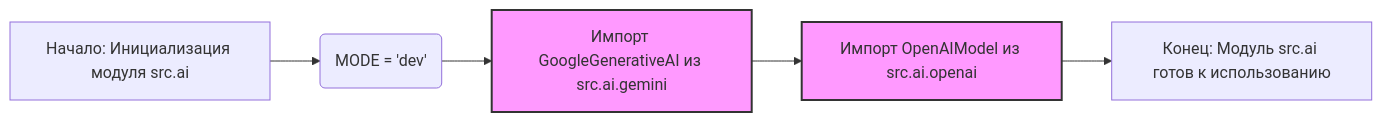
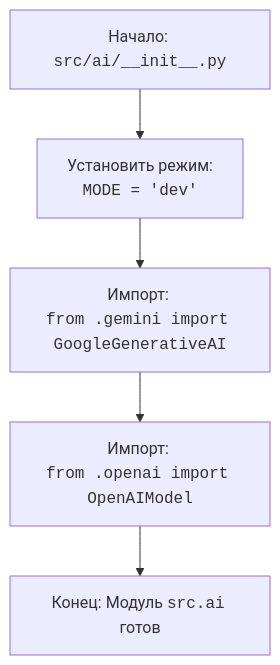
The diagram in docs/gemini/ru/explainer/src/ai/__init__.py.md (hypo69/hypo), drawn with Mermaid before and after one commit. The commit also changed other lines of this file and 3338 other files, not shown here.

````diff
--- a/docs/gemini/ru/explainer/src/ai/__init__.py.md
+++ b/docs/gemini/ru/explainer/src/ai/__init__.py.md
@@ -15,10 +15,7 @@
 ```mermaid
-graph LR
-    A[Начало: Инициализация модуля src.ai] --> B(MODE = 'dev');
-    B --> C[Импорт GoogleGenerativeAI из src.ai.gemini];
-    C --> D[Импорт OpenAIModel из src.ai.openai];
-    D --> E[Конец: Модуль src.ai готов к использованию];
-    
-    classDef import fill:#f9f,stroke:#333,stroke-width:2px
-    class C,D import
+flowchart TD
+    Start[Начало: <code>src/ai/__init__.py</code>] --> SetMode[Установить режим: <br> <code>MODE = 'dev'</code>];
+    SetMode --> ImportGemini[Импорт: <br> <code>from .gemini import GoogleGenerativeAI</code>];
+    ImportGemini --> ImportOpenAI[Импорт: <br> <code>from .openai import OpenAIModel</code>];
+    ImportOpenAI --> End[Конец: Модуль <code>src.ai</code> готов];
 ```
````
